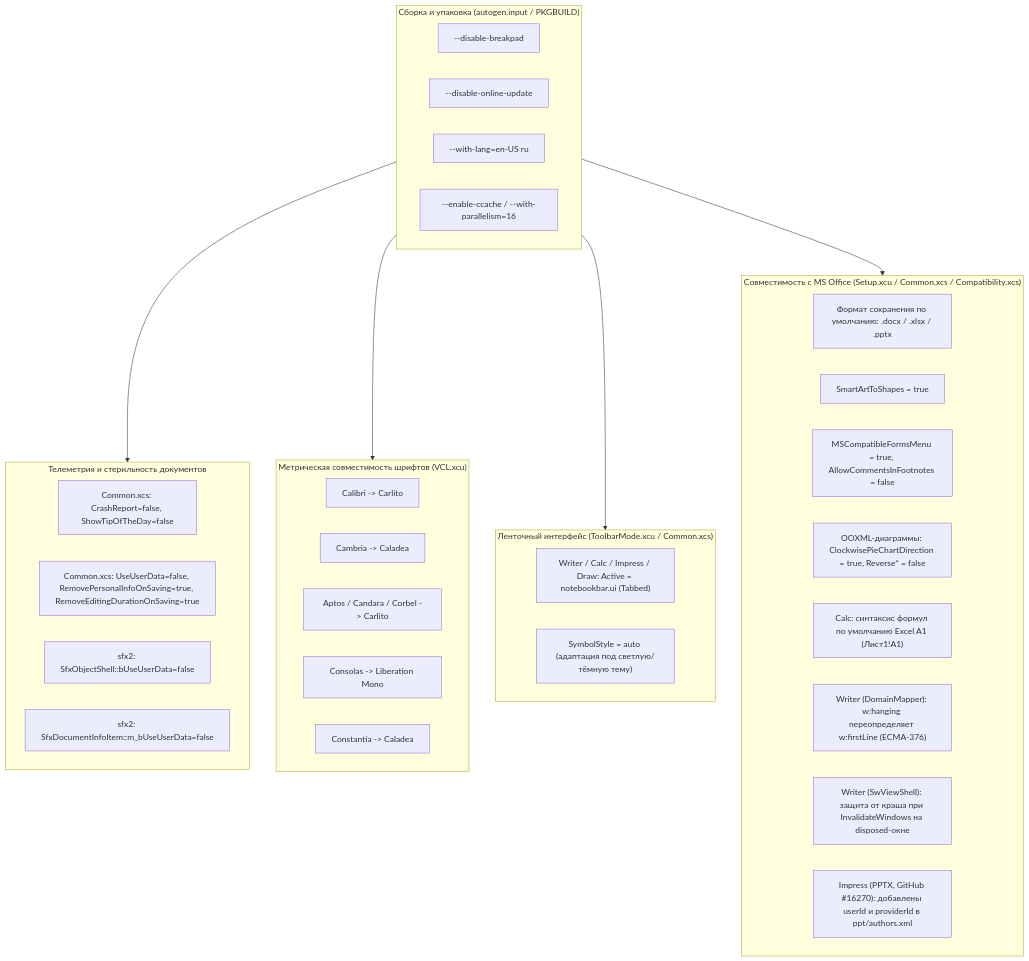
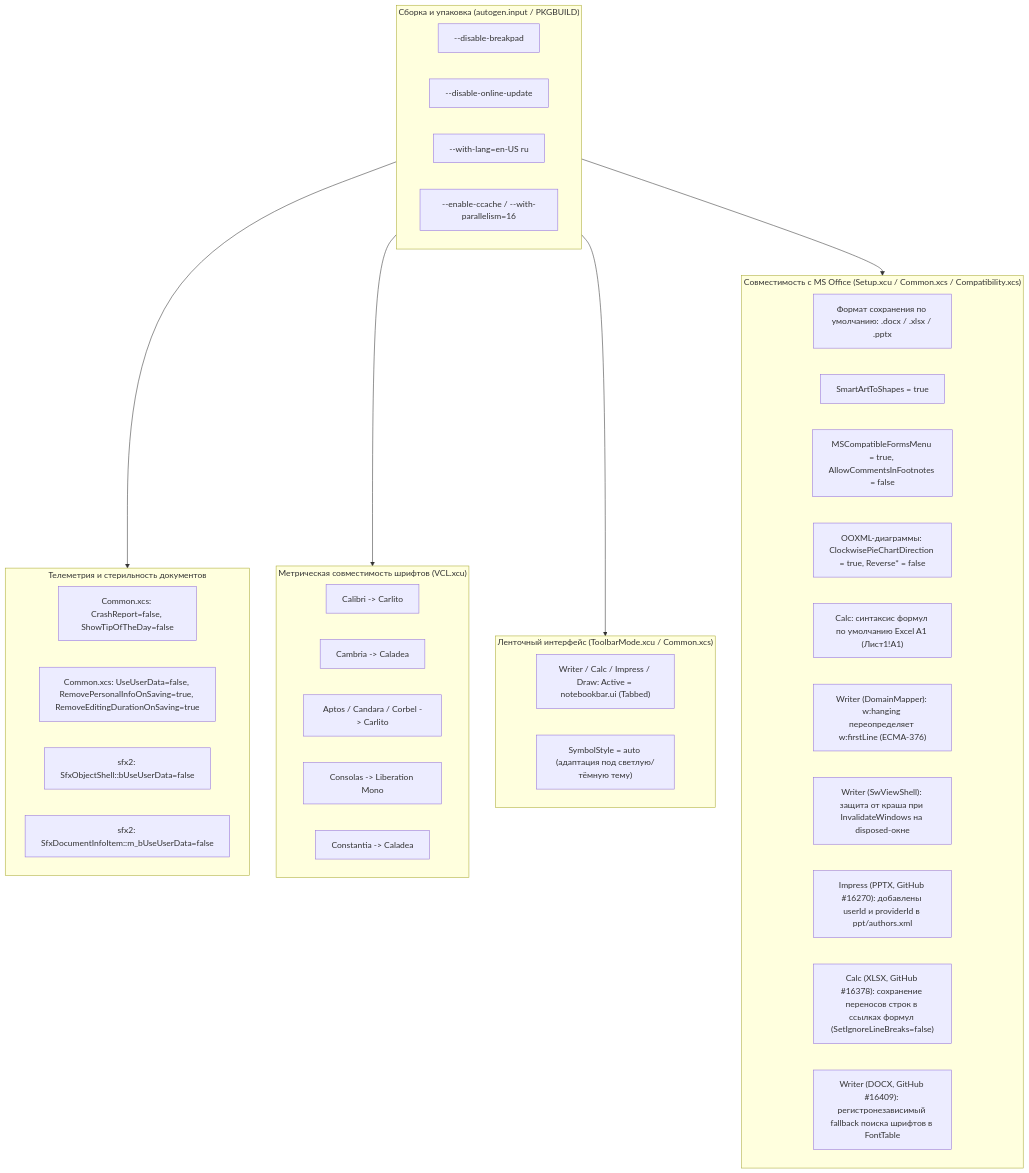
One commit to Utkautka1/libreoffice-mscompat_-fork- changed the diagram in docs/UML.md. Above: the diagram before and after it, drawn with Mermaid. The commit also changed 3 other files, not shown here.

````diff
--- a/docs/UML.md
+++ b/docs/UML.md
@@ -5,45 +5,47 @@
 ```mermaid
 flowchart TD
     subgraph Build["Сборка и упаковка (autogen.input / PKGBUILD)"]
         A1["--disable-breakpad"]
         A2["--disable-online-update"]
         A3["--with-lang=en-US ru"]
         A4["--enable-ccache / --with-parallelism=16"]
     end
 
     subgraph Privacy["Телеметрия и стерильность документов"]
         P1["Common.xcs: CrashReport=false, ShowTipOfTheDay=false"]
         P2["Common.xcs: UseUserData=false, RemovePersonalInfoOnSaving=true, RemoveEditingDurationOnSaving=true"]
         P3["sfx2: SfxObjectShell::bUseUserData=false"]
         P4["sfx2: SfxDocumentInfoItem::m_bUseUserData=false"]
     end
 
     subgraph Fonts["Метрическая совместимость шрифтов (VCL.xcu)"]
         F1["Calibri -> Carlito"]
         F2["Cambria -> Caladea"]
         F3["Aptos / Candara / Corbel -> Carlito"]
         F4["Consolas -> Liberation Mono"]
         F5["Constantia -> Caladea"]
     end
 
     subgraph UI["Ленточный интерфейс (ToolbarMode.xcu / Common.xcs)"]
         U1["Writer / Calc / Impress / Draw: Active = notebookbar.ui (Tabbed)"]
         U2["SymbolStyle = auto (адаптация под светлую/тёмную тему)"]
     end
 
     subgraph MSCompat["Совместимость с MS Office (Setup.xcu / Common.xcs / Compatibility.xcs)"]
         M1["Формат сохранения по умолчанию: .docx / .xlsx / .pptx"]
         M2["SmartArtToShapes = true"]
         M3["MSCompatibleFormsMenu = true, AllowCommentsInFootnotes = false"]
         M4["OOXML-диаграммы: ClockwisePieChartDirection = true, Reverse* = false"]
         M5["Calc: синтаксис формул по умолчанию Excel A1 (Лист1!A1)"]
         M6["Writer (DomainMapper): w:hanging переопределяет w:firstLine (ECMA-376)"]
         M7["Writer (SwViewShell): защита от краша при InvalidateWindows на disposed-окне"]
         M8["Impress (PPTX, GitHub #16270): добавлены userId и providerId в ppt/authors.xml"]
+        M9["Calc (XLSX, GitHub #16378): сохранение переносов строк в ссылках формул (SetIgnoreLineBreaks=false)"]
+        M10["Writer (DOCX, GitHub #16409): регистронезависимый fallback поиска шрифтов в FontTable"]
     end
 
     Build --> Privacy
     Build --> Fonts
     Build --> UI
     Build --> MSCompat
 ```
````
